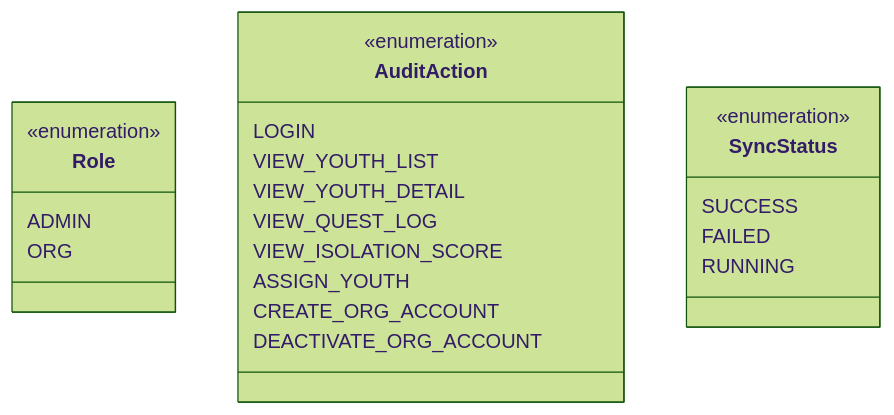
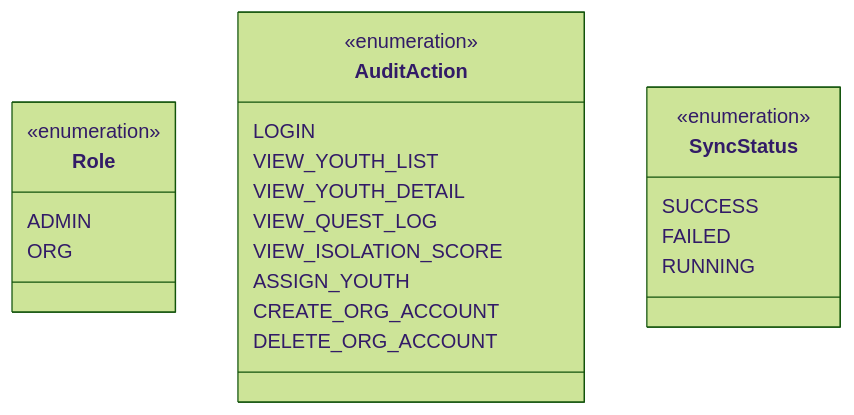
One commit to jeehwanhee/one-step-admin changed the second of 3 diagrams in docs/domain.md. Above: the diagram before and after it, drawn with Mermaid (forest theme). The commit also changed other lines of this file, not shown here.

````diff
--- a/docs/domain.md
+++ b/docs/domain.md
@@ -92,25 +92,25 @@
 ```mermaid
 classDiagram
     class Role {
         <<enumeration>>
         ADMIN
         ORG
     }
     class AuditAction {
         <<enumeration>>
         LOGIN
         VIEW_YOUTH_LIST
         VIEW_YOUTH_DETAIL
         VIEW_QUEST_LOG
         VIEW_ISOLATION_SCORE
         ASSIGN_YOUTH
         CREATE_ORG_ACCOUNT
-        DEACTIVATE_ORG_ACCOUNT
+        DELETE_ORG_ACCOUNT
     }
     class SyncStatus {
         <<enumeration>>
         SUCCESS
         FAILED
         RUNNING
     }
 ```
````
